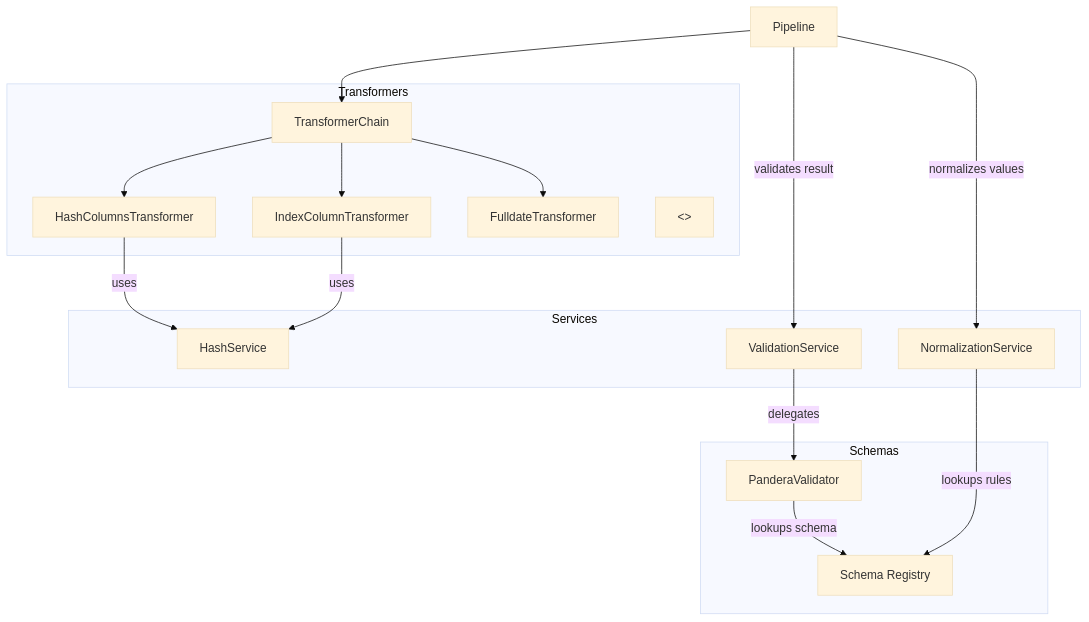
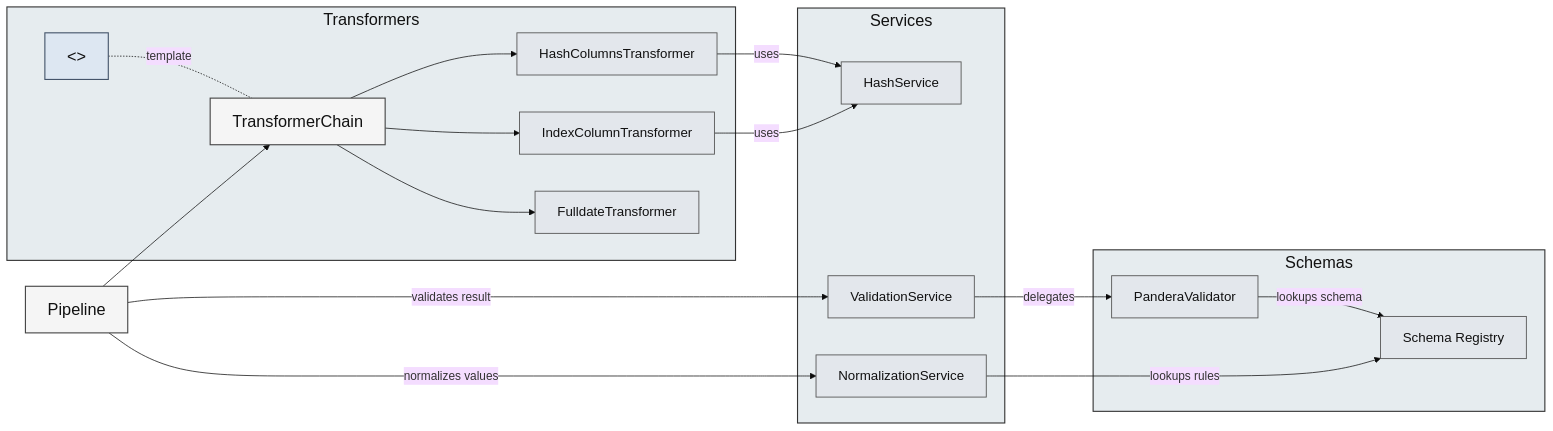
One commit to SatoryKono/BioactivityDataAcquisition changed the diagram in docs/architecture/diagrams/flow/domain-services-transform.mmd. Above: the diagram before and after it, drawn with Mermaid (base theme). The commit also changed 51 other files, not shown here.

```diff
--- a/docs/architecture/diagrams/flow/domain-services-transform.mmd
+++ b/docs/architecture/diagrams/flow/domain-services-transform.mmd
@@ -1,34 +1,44 @@
-graph TD
-    subgraph "Transformers"
-        T_Chain[TransformerChain]
-        T_Hash[HashColumnsTransformer]
-        T_Index[IndexColumnTransformer]
-        T_Date[FulldateTransformer]
-        T_ABC[<<TransformerABC>>]
-    end
+flowchart LR
 
-    subgraph "Services"
-        HS[HashService]
-        VS[ValidationService]
-        NS[NormalizationService]
-    end
+classDef domainPrimary   fill:#f5f5f5,stroke:#444,stroke-width:1.5px,color:#111,font-size:22px;
+classDef domainSecondary fill:#e3e7ec,stroke:#555,stroke-width:1.2px,color:#111,font-size:18px;
+classDef interface       fill:#dde7f2,stroke:#44546a,stroke-width:1.5px,color:#111,font-size:22px;
+classDef group           fill:#e6ecef,stroke:#333,stroke-width:1.5px,color:#111,font-size:22px;
 
-    subgraph "Schemas"
-        PS[PanderaValidator]
-        Registry[Schema Registry]
-    end
+subgraph Transformers
+    T_Chain[TransformerChain]:::domainPrimary
+    T_Hash[HashColumnsTransformer]:::domainSecondary
+    T_Index[IndexColumnTransformer]:::domainSecondary
+    T_Date[FulldateTransformer]:::domainSecondary
+    T_ABC[<<TransformerABC>>]:::interface
+end
+class Transformers group;
 
-    Pipeline[Pipeline] --> T_Chain
-    T_Chain --> T_Hash
-    T_Chain --> T_Index
-    T_Chain --> T_Date
+subgraph Services
+    HS[HashService]:::domainSecondary
+    VS[ValidationService]:::domainSecondary
+    NS[NormalizationService]:::domainSecondary
+end
+class Services group;
 
-    T_Hash -- uses --> HS[HashService]
-    T_Index -- uses --> HS[HashService]
+subgraph Schemas
+    PS[PanderaValidator]:::domainSecondary
+    Registry[Schema Registry]:::domainSecondary
+end
+class Schemas group;
 
-    Pipeline -- validates result --> VS[ValidationService]
-    Pipeline -- normalizes values --> NS[NormalizationService]
+Pipeline[Pipeline]:::domainPrimary --> T_Chain
+T_Chain --> T_Hash
+T_Chain --> T_Index
+T_Chain --> T_Date
+T_ABC -. template .- T_Chain
 
-    VS -- delegates --> PS[PanderaValidator]
-    PS -- lookups schema --> Registry[Schema Registry]
-    NS -- lookups rules --> Registry[Schema Registry]
+T_Hash -- uses --> HS
+T_Index -- uses --> HS
+
+Pipeline -- validates result --> VS
+Pipeline -- normalizes values --> NS
+
+VS -- delegates --> PS
+PS -- lookups schema --> Registry
+NS -- lookups rules --> Registry
```
